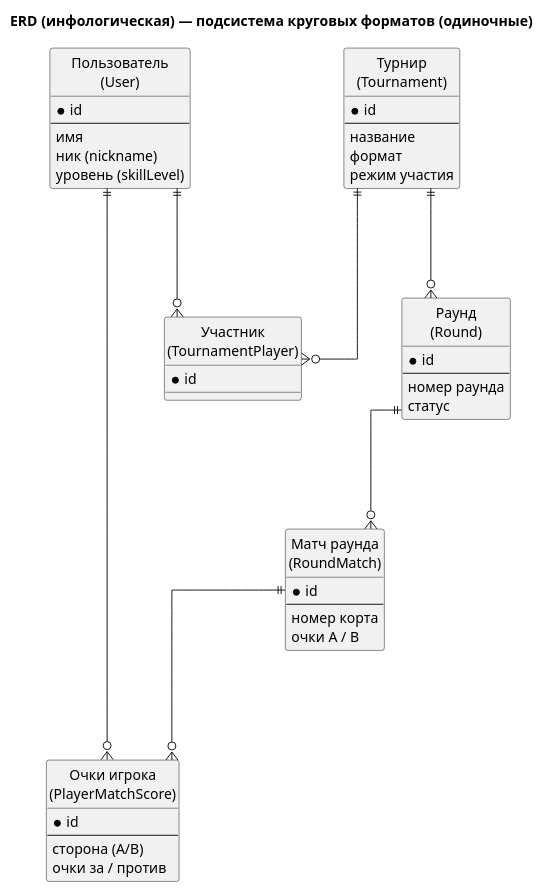
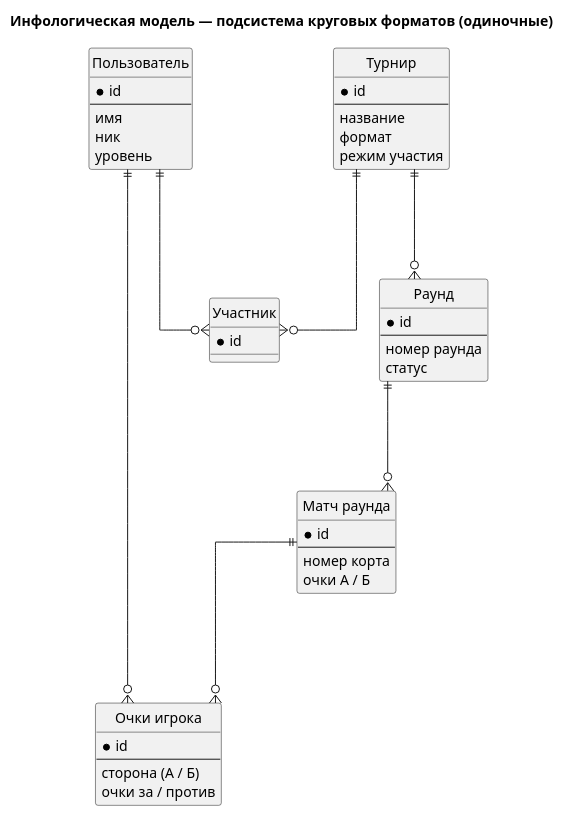
The diagram in docs/diagrams/05b-erd-round.puml (memekas/diplom), drawn with PlantUML before and after one commit. The commit also changed 36 other files, not shown here.

First line of the commit message:
docs: Russian diagram labels + UI screenshots

```diff
--- a/docs/diagrams/05b-erd-round.puml
+++ b/docs/diagrams/05b-erd-round.puml
@@ -1,57 +1,57 @@
 @startuml erd-round
-title ERD (инфологическая) — подсистема круговых форматов (одиночные)
+title Инфологическая модель — подсистема круговых форматов (одиночные)
 
 hide circle
 skinparam linetype ortho
 skinparam nodesep 100
 skinparam ranksep 110
 
-entity "Пользователь\n(User)" as User {
+entity "Пользователь" as User {
   * id
   --
   имя
-  ник (nickname)
-  уровень (skillLevel)
+  ник
+  уровень
 }
 
-entity "Турнир\n(Tournament)" as Tournament {
+entity "Турнир" as Tournament {
   * id
   --
   название
   формат
   режим участия
 }
 
-entity "Участник\n(TournamentPlayer)" as TPlayer {
+entity "Участник" as TPlayer {
   * id
 }
 
-entity "Раунд\n(Round)" as Round {
+entity "Раунд" as Round {
   * id
   --
   номер раунда
   статус
 }
 
-entity "Матч раунда\n(RoundMatch)" as RoundMatch {
+entity "Матч раунда" as RoundMatch {
   * id
   --
   номер корта
-  очки A / B
+  очки А / Б
 }
 
-entity "Очки игрока\n(PlayerMatchScore)" as PMS {
+entity "Очки игрока" as PMS {
   * id
   --
-  сторона (A/B)
+  сторона (А / Б)
   очки за / против
 }
 
 Tournament ||--o{ TPlayer
 Tournament ||--o{ Round
 User ||--o{ TPlayer
 Round ||--o{ RoundMatch
 RoundMatch ||--o{ PMS
 User ||--o{ PMS
 
 @enduml
```
